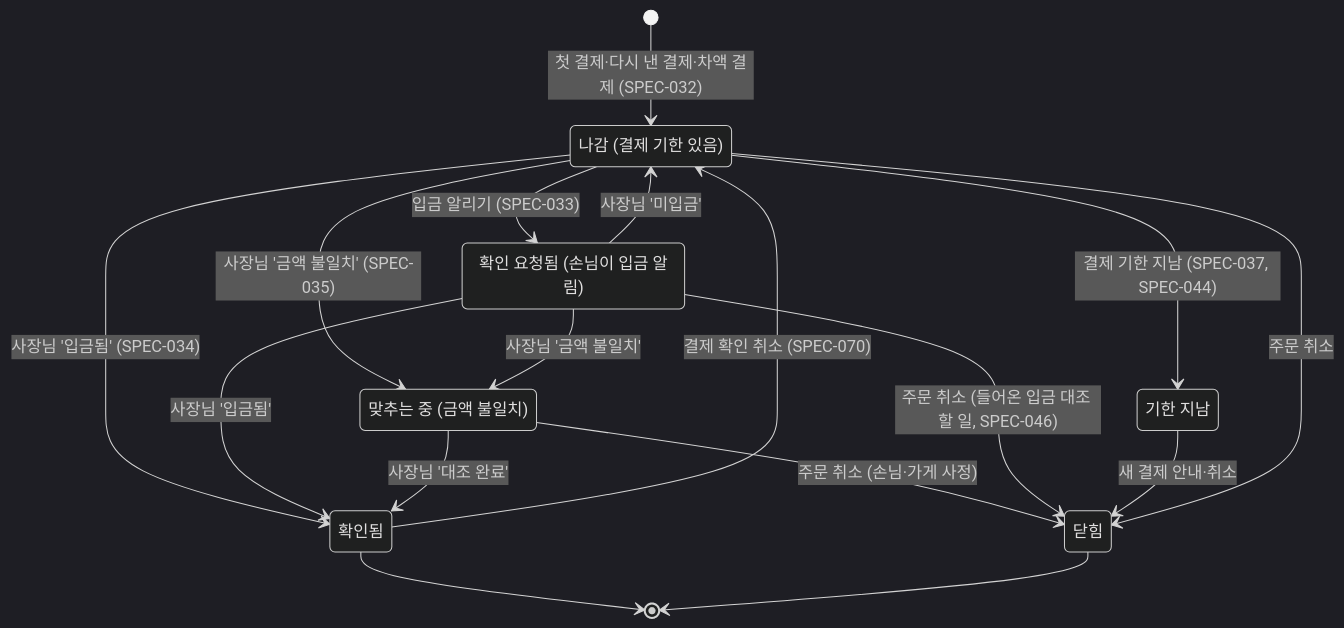
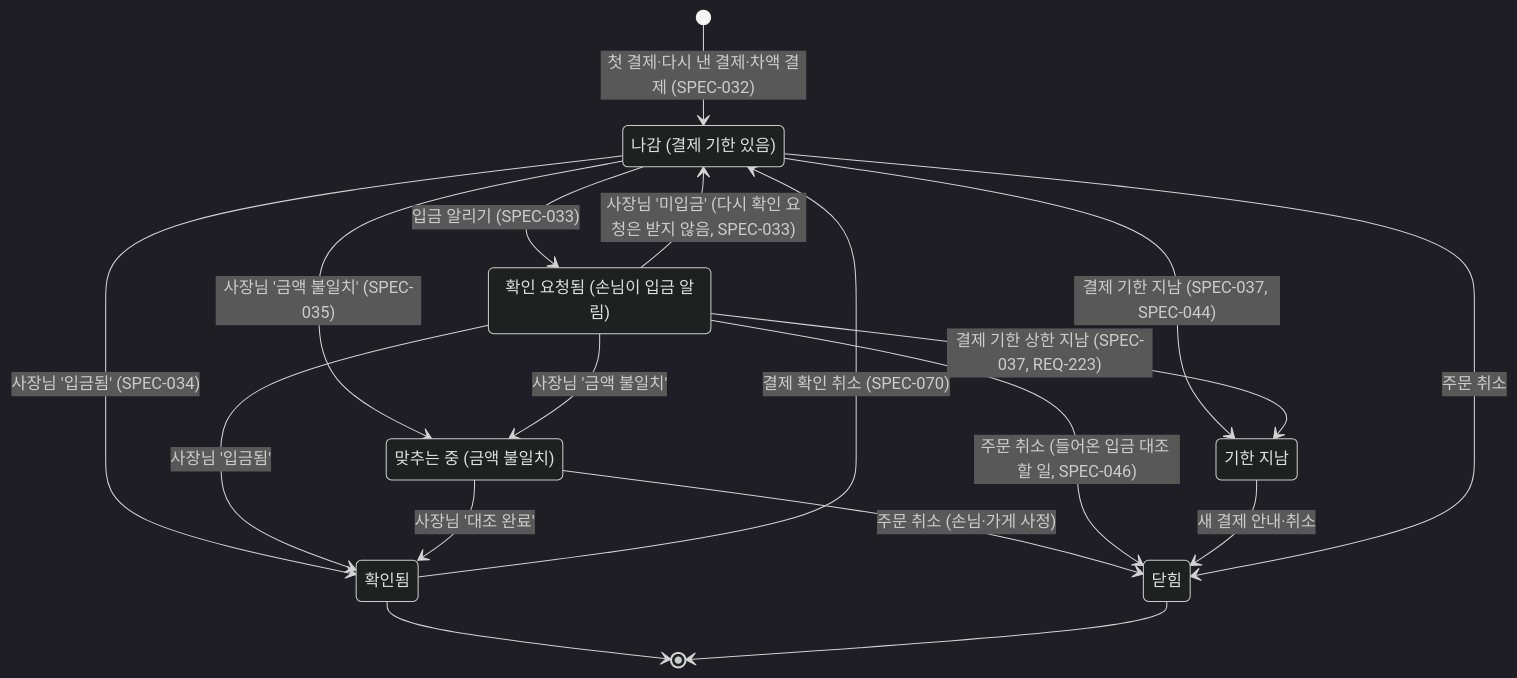
One commit to kodonghui/siljang.ai changed the third of 8 diagrams in docs/04-functional-spec/spec.md. Above: the diagram before and after it, drawn with Mermaid (dark theme). The commit also changed other lines of this file and 13 other files, not shown here.

````diff
--- a/docs/04-functional-spec/spec.md
+++ b/docs/04-functional-spec/spec.md
@@ -103,25 +110,26 @@
 ```mermaid
 stateDiagram-v2
   state "나감 (결제 기한 있음)" as open
   state "확인 요청됨 (손님이 입금 알림)" as claimed
   state "맞추는 중 (금액 불일치)" as mismatch
   state "확인됨" as paid
   state "기한 지남" as expired
   state "닫힘" as closed
   [*] --> open: 첫 결제·다시 낸 결제·차액 결제 (SPEC-032)
   open --> claimed: 입금 알리기 (SPEC-033)
   open --> paid: 사장님 '입금됨' (SPEC-034)
   claimed --> paid: 사장님 '입금됨'
-  claimed --> open: 사장님 '미입금'
+  claimed --> open: 사장님 '미입금' (다시 확인 요청은 받지 않음, SPEC-033)
   open --> mismatch: 사장님 '금액 불일치' (SPEC-035)
   claimed --> mismatch: 사장님 '금액 불일치'
   mismatch --> paid: 사장님 '대조 완료'
   mismatch --> closed: 주문 취소 (손님·가게 사정)
   claimed --> closed: 주문 취소 (들어온 입금 대조 할 일, SPEC-046)
   paid --> open: 결제 확인 취소 (SPEC-070)
   open --> expired: 결제 기한 지남 (SPEC-037, SPEC-044)
+  claimed --> expired: 결제 기한 상한 지남 (SPEC-037, REQ-223)
   expired --> closed: 새 결제 안내·취소
   open --> closed: 주문 취소
   paid --> [*]
   closed --> [*]
 ```
````
